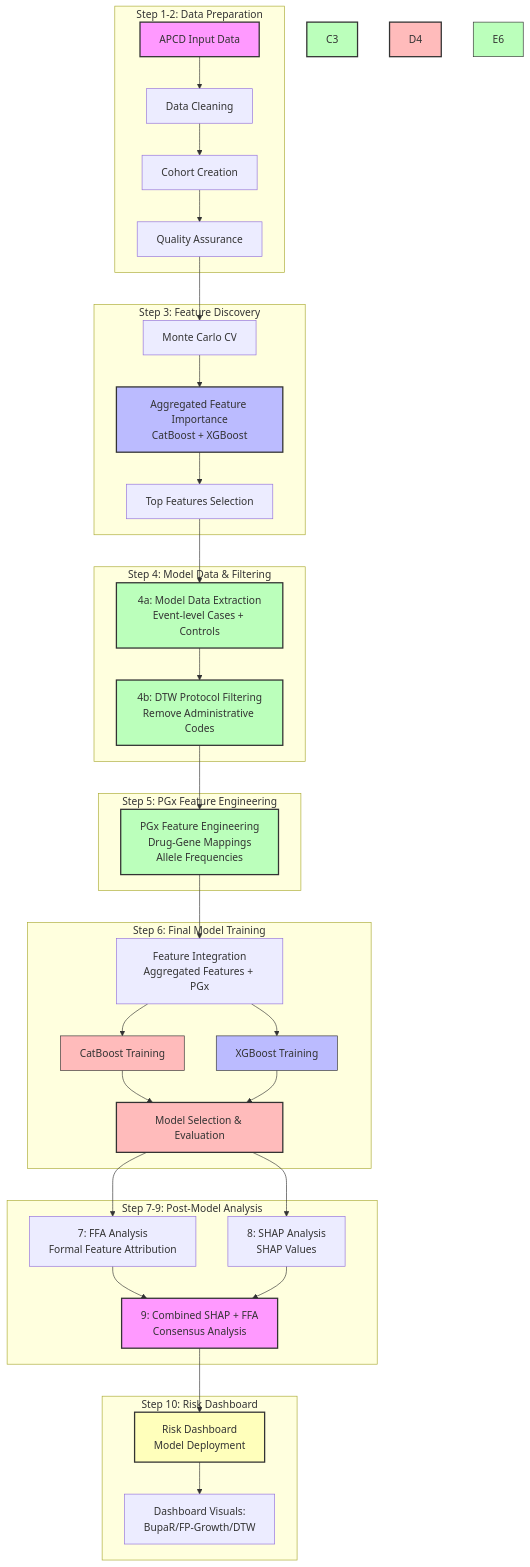
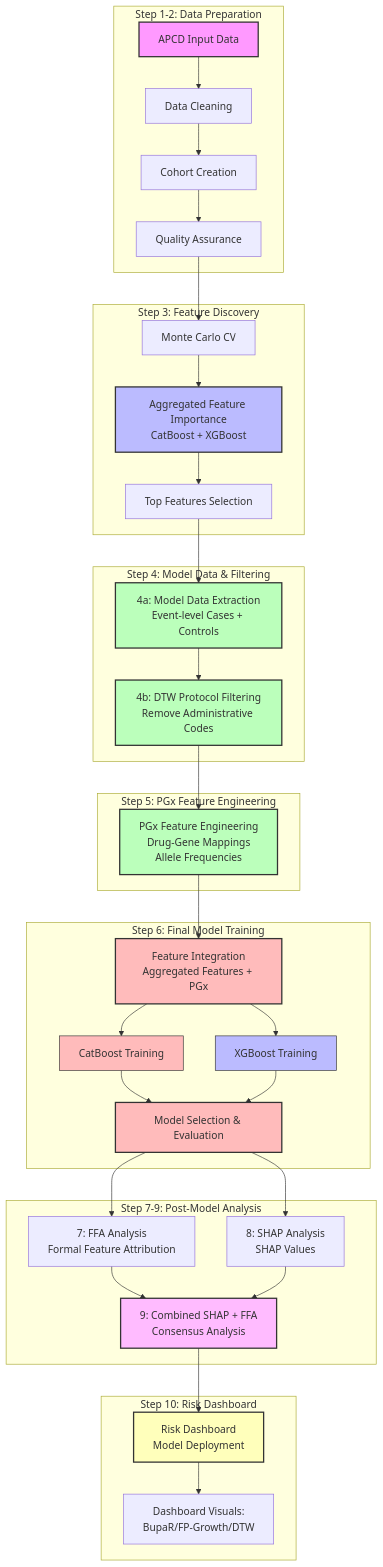
Before and after one commit to Jerome3590/pgx-analysis: the diagram in README.md, drawn with Mermaid.

Commit message:
Fix orphaned nodes in mermaid flowchart
- Remove style declarations for non-existent nodes (C3, D4, E6)
- Clean up duplicate style declarations
- Ensure all styled nodes exist in the flowchart

````diff
--- a/README.md
+++ b/README.md
@@ -47,59 +47,55 @@
 ```mermaid
 flowchart TD
     subgraph "Step 1-2: Data Preparation"
         A1[APCD Input Data] --> A2[Data Cleaning]
         A2 --> A3[Cohort Creation]
         A3 --> A4[Quality Assurance]
     end
     
     subgraph "Step 3: Feature Discovery"
         A4 --> B1[Monte Carlo CV]
         B1 --> B2[Aggregated Feature Importance<br/>CatBoost + XGBoost]
         B2 --> B3[Top Features Selection]
     end
     
     subgraph "Step 4: Model Data & Filtering"
         B3 --> C1[4a: Model Data Extraction<br/>Event-level Cases + Controls]
         C1 --> C2[4b: DTW Protocol Filtering<br/>Remove Administrative Codes]
     end
     
     subgraph "Step 5: PGx Feature Engineering"
         C2 --> D1[PGx Feature Engineering<br/>Drug-Gene Mappings<br/>Allele Frequencies]
     end
     
     subgraph "Step 6: Final Model Training"
         D1 --> E1[Feature Integration<br/>Aggregated Features + PGx]
         E1 --> E2[CatBoost Training]
         E1 --> E3[XGBoost Training]
         E2 --> E4[Model Selection & Evaluation]
         E3 --> E4
     end
     
     subgraph "Step 7-9: Post-Model Analysis"
         E4 --> F1[7: FFA Analysis<br/>Formal Feature Attribution]
         E4 --> F2[8: SHAP Analysis<br/>SHAP Values]
         F1 --> F3[9: Combined SHAP + FFA<br/>Consensus Analysis]
         F2 --> F3
     end
     
     subgraph "Step 10: Risk Dashboard"
         F3 --> G1[Risk Dashboard<br/>Model Deployment]
         G1 --> G2[Dashboard Visuals:<br/>BupaR/FP-Growth/DTW]
     end
     
     style A1 fill:#f9f,stroke:#333,stroke-width:2px
     style B2 fill:#bbf,stroke:#333,stroke-width:2px
+    style C1 fill:#bfb,stroke:#333,stroke-width:2px
+    style C2 fill:#bfb,stroke:#333,stroke-width:2px
     style D1 fill:#bfb,stroke:#333,stroke-width:2px
+    style E1 fill:#fbb,stroke:#333,stroke-width:2px
+    style E2 fill:#fbb,stroke:#333,stroke-width:2px    %% CatBoost
+    style E3 fill:#bbf,stroke:#333,stroke-width:2px    %% XGBoost
     style E4 fill:#fbb,stroke:#333,stroke-width:2px
     style F3 fill:#fbf,stroke:#333,stroke-width:2px
     style G1 fill:#ffb,stroke:#333,stroke-width:2px
-    style C1 fill:#bfb,stroke:#333,stroke-width:2px
-    style C2 fill:#bfb,stroke:#333,stroke-width:2px
-    style C3 fill:#bfb,stroke:#333,stroke-width:2px
-    style D4 fill:#fbb,stroke:#333,stroke-width:2px
-    %% Final model ensemble (distinct colors per model)
-    style E2 fill:#fbb,stroke:#333,stroke-width:2px    %% CatBoost
-    style E3 fill:#bbf,stroke:#333,stroke-width:2px    %% XGBoost
-    style E6 fill:#bfb,stroke:#333,stroke-width:2px    %% XGBoost RF mode
-    style F3 fill:#f9f,stroke:#333,stroke-width:2px
 ```
````
